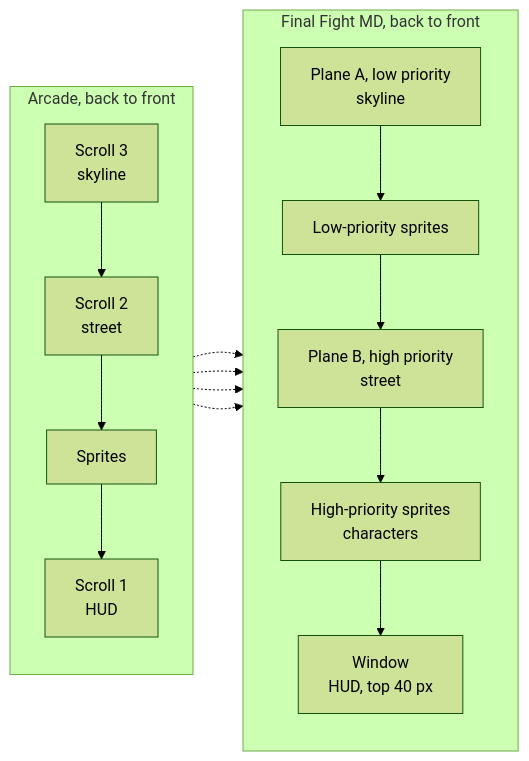
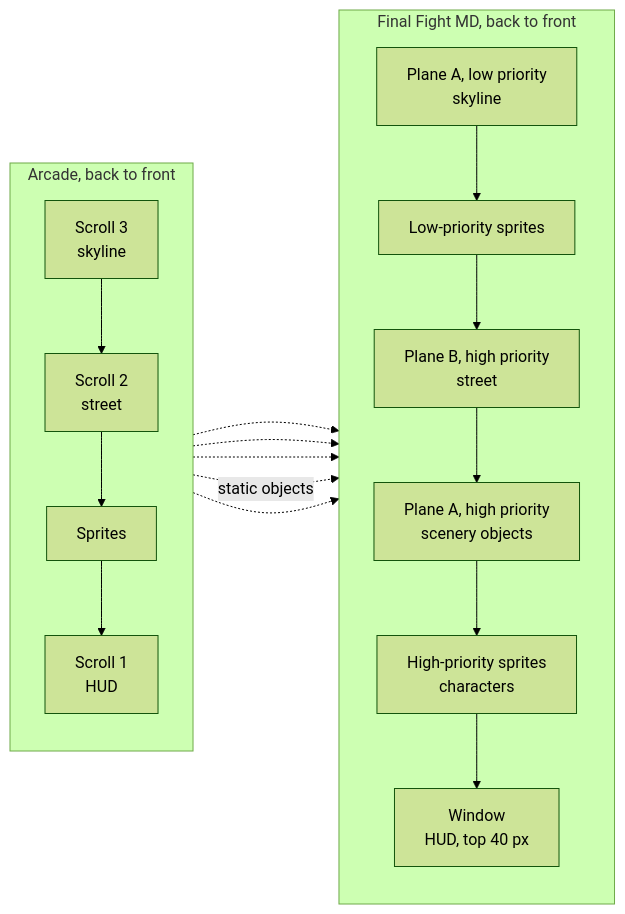
The third of 5 diagrams in docs/02-final-fight-arcade-vs-md.md (Evilu/cadillacs-and-dinosaurs-md), drawn with Mermaid (forest theme) before and after one commit. The commit also changed other lines of this file and 4 other files, not shown here.

````diff
--- a/docs/02-final-fight-arcade-vs-md.md
+++ b/docs/02-final-fight-arcade-vs-md.md
@@ -122,15 +148,16 @@
 ```mermaid
 flowchart LR
     subgraph ARC["Arcade, back to front"]
         direction TB
         A3["Scroll 3<br/>skyline"] --> A2["Scroll 2<br/>street"] --> AS["Sprites"] --> A1["Scroll 1<br/>HUD"]
     end
     subgraph MD["Final Fight MD, back to front"]
         direction TB
-        MA["Plane A, low priority<br/>skyline"] --> MS0["Low-priority sprites"] --> MB["Plane B, high priority<br/>street"] --> MS1["High-priority sprites<br/>characters"] --> MW["Window<br/>HUD, top 40 px"]
+        MA["Plane A, low priority<br/>skyline"] --> MS0["Low-priority sprites"] --> MB["Plane B, high priority<br/>street"] --> MA1["Plane A, high priority<br/>scenery objects"] --> MS1["High-priority sprites<br/>characters"] --> MW["Window<br/>HUD, top 40 px"]
     end
     A3 -.-> MA
     A2 -.-> MB
     AS -.-> MS1
+    AS -.->|"static objects"| MA1
     A1 -.-> MW
 ```
````
